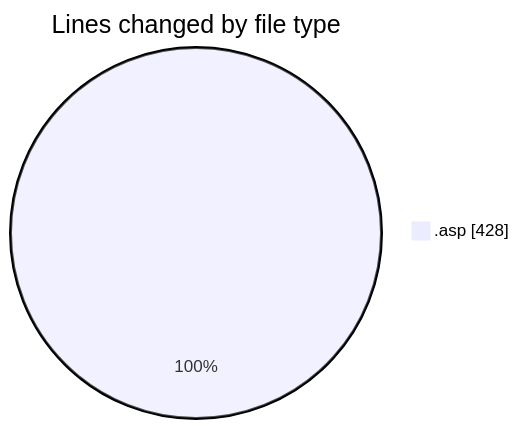
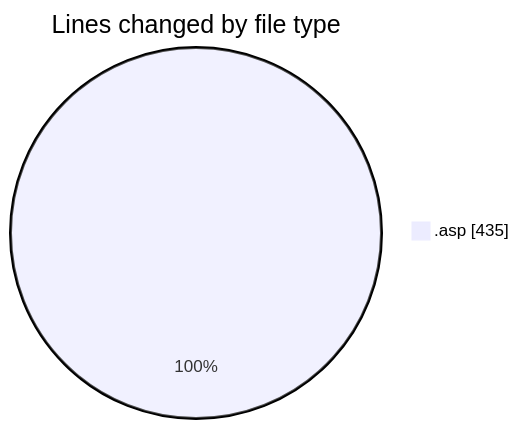
The first of 2 diagrams in 2025-11-15/cdp_aleoudev_fr__workspace_/README.md (julien-gomy/code-tracking), drawn with Mermaid before and after one commit. The commit also changed other lines of this file and 1 other file, not shown here.

````diff
--- a/2025-11-15/cdp_aleoudev_fr__workspace_/README.md
+++ b/2025-11-15/cdp_aleoudev_fr__workspace_/README.md
@@ -25,5 +25,5 @@
 ```mermaid
 pie showData
 title Lines changed by file type
-".asp" : 428
+".asp" : 435
 ```
````
